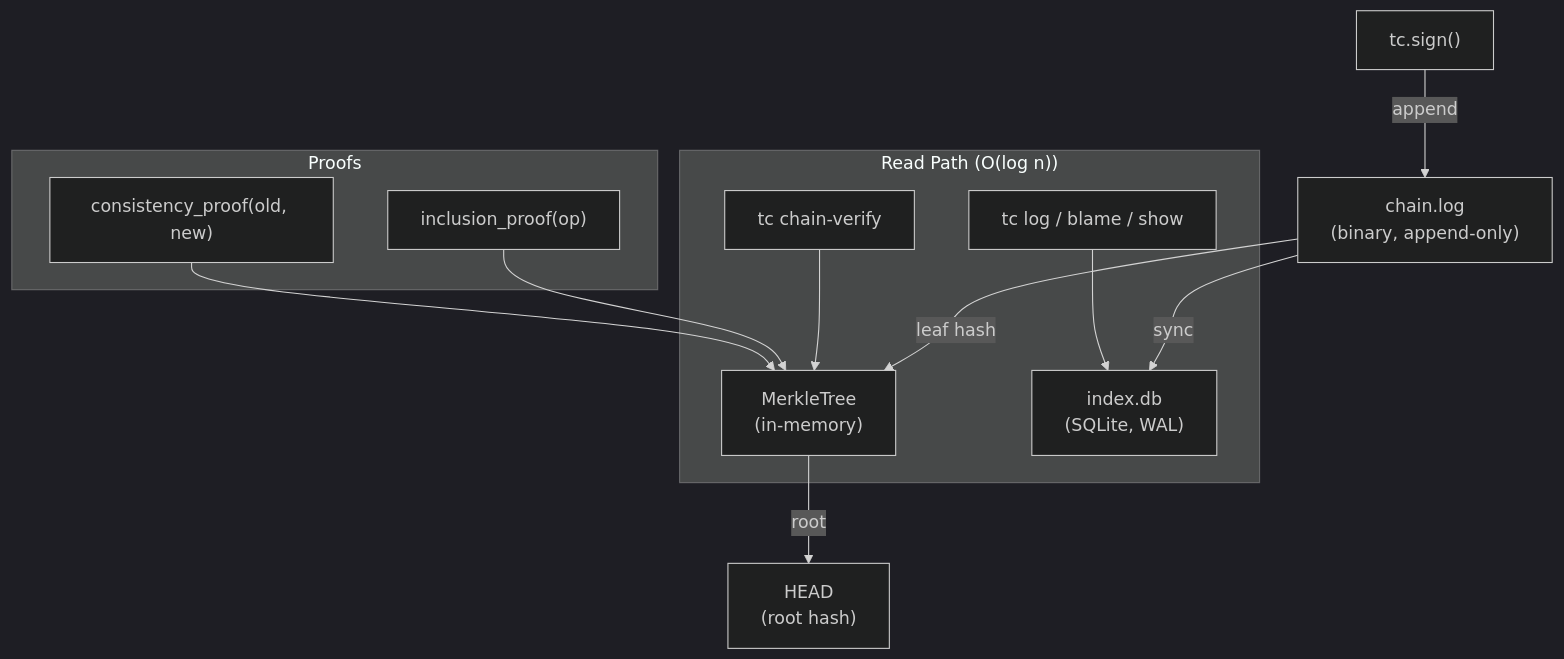
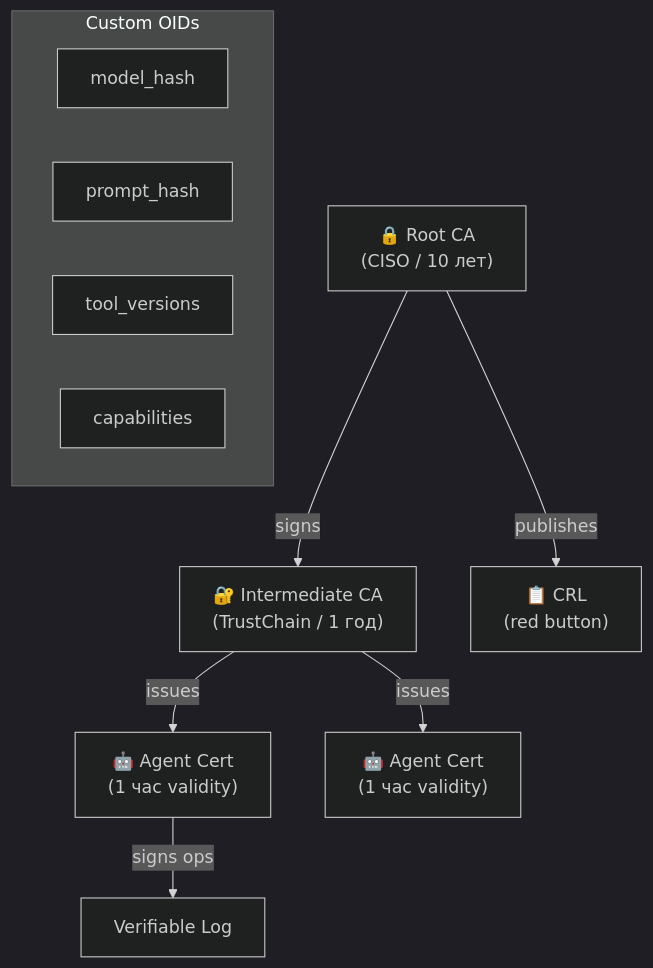
The third of 3 diagrams in walkthrough.md (petro1eum/TrustChain_Agent), drawn with Mermaid (dark theme) before and after one commit. The commit also changed other lines of this file, not shown here.

````diff
--- a/walkthrough.md
+++ b/walkthrough.md
@@ -477,17 +479,18 @@
 ```mermaid
 flowchart TD
-    Sign["tc.sign()"] -->|"append"| Log["chain.log\n(binary, append-only)"]
-    Log -->|"leaf hash"| MT["MerkleTree\n(in-memory)"]
-    MT -->|"root"| HEAD["HEAD\n(root hash)"]
-    Log -->|"sync"| IDX["index.db\n(SQLite, WAL)"]
-
-    subgraph "Read Path (O(log n))"
-        CLI["tc log / blame / show"] --> IDX
-        Verify["tc chain-verify"] --> MT
-    end
-
-    subgraph "Proofs"
-        Incl["inclusion_proof(op)"] --> MT
-        Cons["consistency_proof(old, new)"] --> MT
+    Root["🔒 Root CA\n(CISO / 10 лет)"]
+    Root -->|signs| Int["🔐 Intermediate CA\n(TrustChain / 1 год)"]
+    Int -->|issues| A1["🤖 Agent Cert\n(1 час validity)"]
+    Int -->|issues| A2["🤖 Agent Cert\n(1 час validity)"]
+    
+    A1 -->|signs ops| VLog["Verifiable Log"]
+    
+    Root -->|publishes| CRL["📋 CRL\n(red button)"]
+    
+    subgraph "Custom OIDs"
+        OID1["model_hash"]
+        OID2["prompt_hash"]
+        OID3["tool_versions"]
+        OID4["capabilities"]
     end
 ```
````
